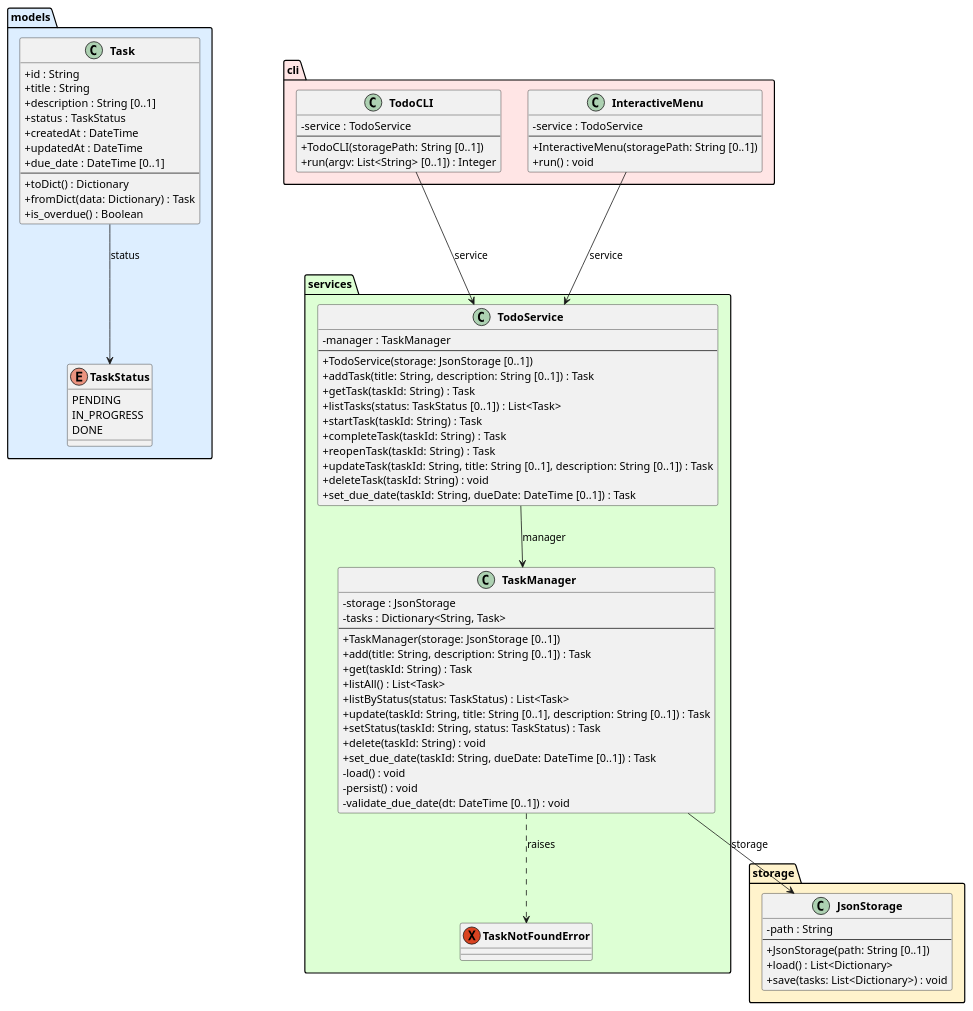
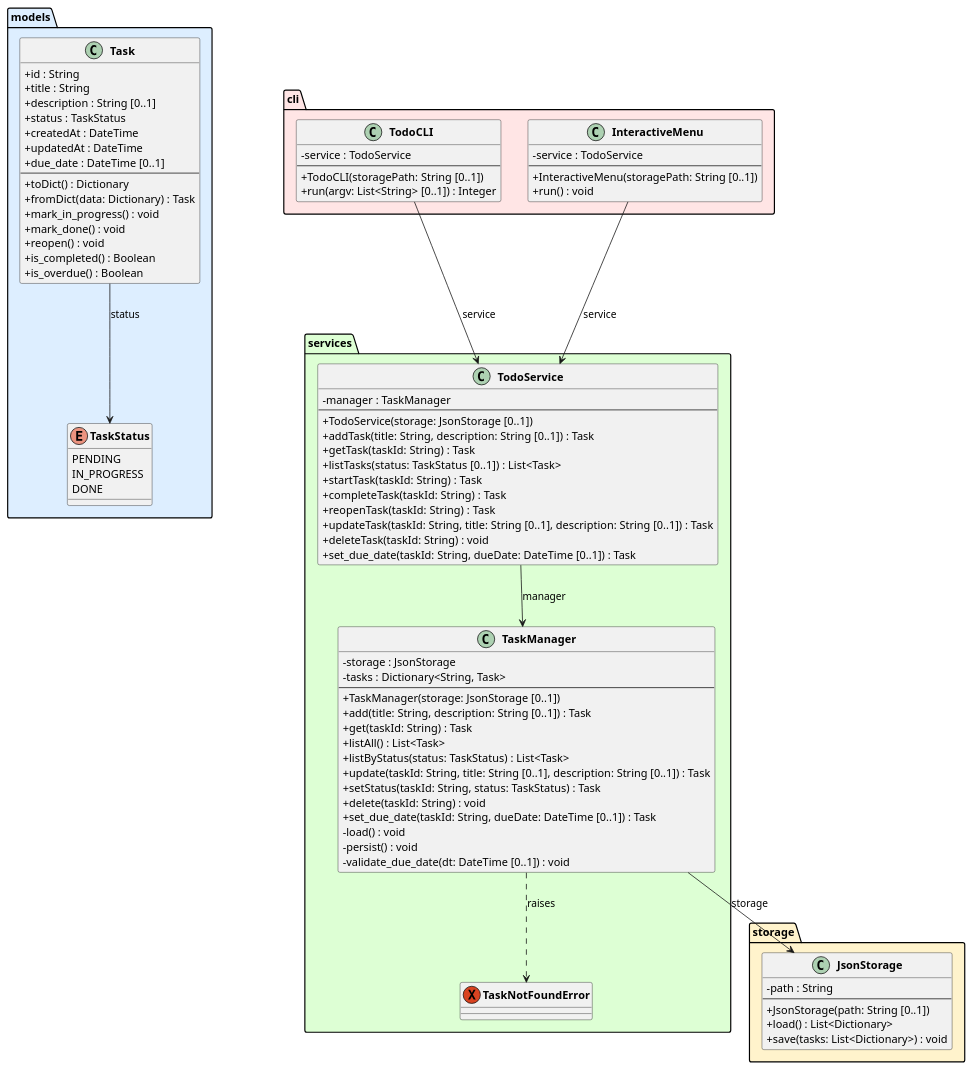
The diagram in experiments/supervisor_as_tools/structured_text/TODO/artifacts/class_diagram.puml (DanielRiha8906/Software_autoevolution_using_agents), drawn with PlantUML before and after one commit. The commit also changed 5 other files, not shown here.

```diff
--- a/experiments/supervisor_as_tools/structured_text/TODO/artifacts/class_diagram.puml
+++ b/experiments/supervisor_as_tools/structured_text/TODO/artifacts/class_diagram.puml
@@ -1,98 +1,102 @@
 @startuml class_diagram
 
 skinparam classAttributeIconSize 0
 skinparam classFontStyle bold
 
 package "models" #DDEEFF {
     enum TaskStatus {
         PENDING
         IN_PROGRESS
         DONE
     }
 
     class Task {
         +id : String
         +title : String
         +description : String [0..1]
         +status : TaskStatus
         +createdAt : DateTime
         +updatedAt : DateTime
         +due_date : DateTime [0..1]
         --
         +toDict() : Dictionary
         +fromDict(data: Dictionary) : Task
+        +mark_in_progress() : void
+        +mark_done() : void
+        +reopen() : void
+        +is_completed() : Boolean
         +is_overdue() : Boolean
     }
 }
 
 package "storage" #FFF3CC {
     class JsonStorage {
         -path : String
         --
         +JsonStorage(path: String [0..1])
         +load() : List<Dictionary>
         +save(tasks: List<Dictionary>) : void
     }
 }
 
 package "services" #DDFFD4 {
     exception TaskNotFoundError
 
     class TaskManager {
         -storage : JsonStorage
         -tasks : Dictionary<String, Task>
         --
         +TaskManager(storage: JsonStorage [0..1])
         +add(title: String, description: String [0..1]) : Task
         +get(taskId: String) : Task
         +listAll() : List<Task>
         +listByStatus(status: TaskStatus) : List<Task>
         +update(taskId: String, title: String [0..1], description: String [0..1]) : Task
         +setStatus(taskId: String, status: TaskStatus) : Task
         +delete(taskId: String) : void
         +set_due_date(taskId: String, dueDate: DateTime [0..1]) : Task
         -load() : void
         -persist() : void
         -validate_due_date(dt: DateTime [0..1]) : void
     }
 
     class TodoService {
         -manager : TaskManager
         --
         +TodoService(storage: JsonStorage [0..1])
         +addTask(title: String, description: String [0..1]) : Task
         +getTask(taskId: String) : Task
         +listTasks(status: TaskStatus [0..1]) : List<Task>
         +startTask(taskId: String) : Task
         +completeTask(taskId: String) : Task
         +reopenTask(taskId: String) : Task
         +updateTask(taskId: String, title: String [0..1], description: String [0..1]) : Task
         +deleteTask(taskId: String) : void
         +set_due_date(taskId: String, dueDate: DateTime [0..1]) : Task
     }
 }
 
 package "cli" #FFE5E5 {
     class TodoCLI {
         -service : TodoService
         --
         +TodoCLI(storagePath: String [0..1])
         +run(argv: List<String> [0..1]) : Integer
     }
 
     class InteractiveMenu {
         -service : TodoService
         --
         +InteractiveMenu(storagePath: String [0..1])
         +run() : void
     }
 }
 
 Task --> TaskStatus : status
 TaskManager --> JsonStorage : storage
 TaskManager ..> TaskNotFoundError : raises
 TodoService --> TaskManager : manager
 TodoCLI --> TodoService : service
 InteractiveMenu --> TodoService : service
 
 @enduml
```
